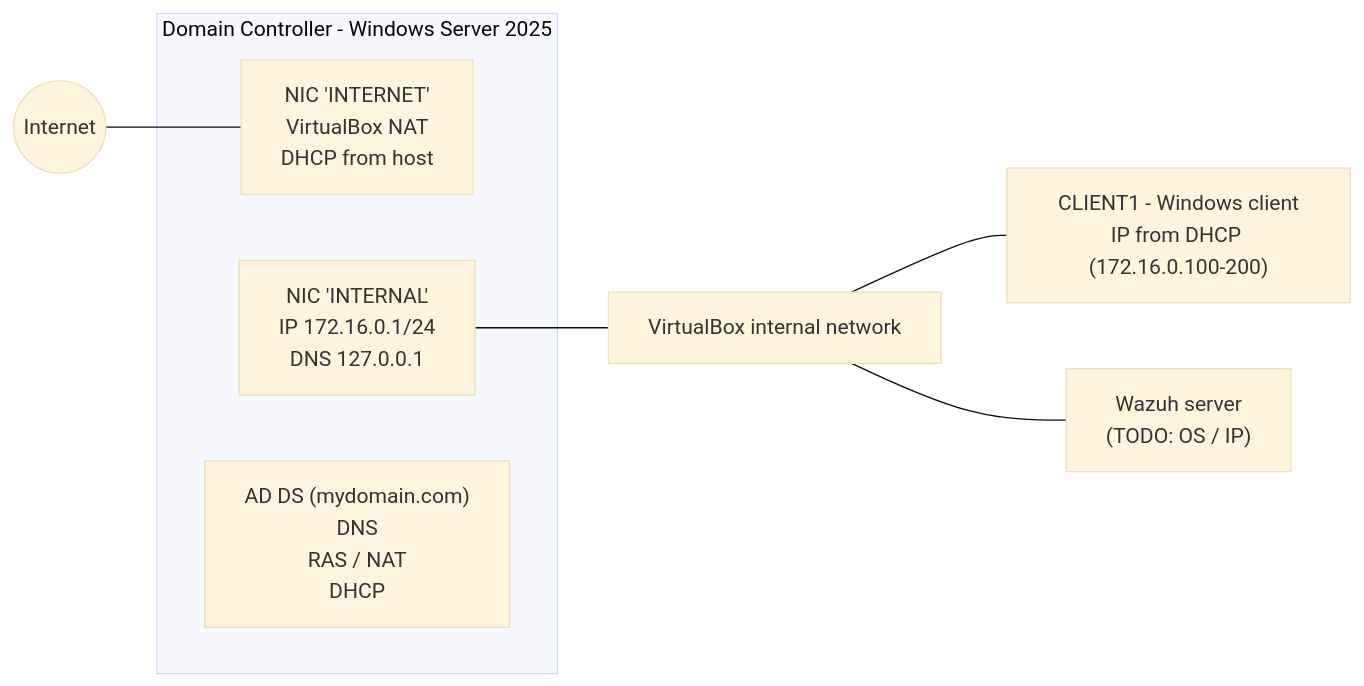
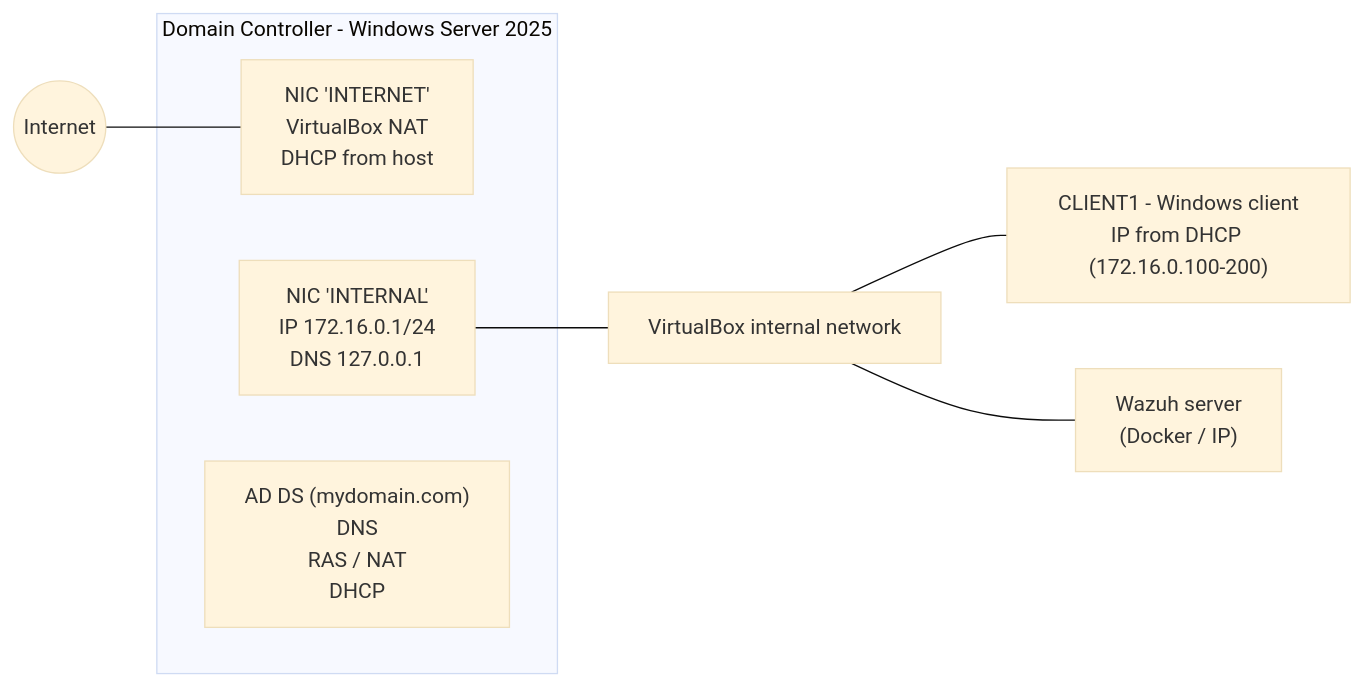
One commit to nkwentikluivertbezeng/ad-home-lab changed the diagram in README.md. Above: the diagram before and after it, drawn with Mermaid (base theme).

Commit message:
Update Wazuh server description in README

````diff
--- a/README.md
+++ b/README.md
@@ -10,12 +10,12 @@
 ```mermaid
 flowchart LR
     NET((Internet)) --- NIC1
     subgraph DC["Domain Controller - Windows Server 2025"]
         NIC1["NIC 'INTERNET'<br/>VirtualBox NAT<br/>DHCP from host"]
         NIC2["NIC 'INTERNAL'<br/>IP 172.16.0.1/24<br/>DNS 127.0.0.1"]
         ROLES["AD DS (mydomain.com)<br/>DNS<br/>RAS / NAT<br/>DHCP"]
     end
     NIC2 --- SW[VirtualBox internal network]
     SW --- CLIENT["CLIENT1 - Windows client<br/>IP from DHCP (172.16.0.100-200)"]
-    SW --- WAZUH["Wazuh server<br/>(TODO: OS / IP)"]
+    SW --- WAZUH["Wazuh server<br/>(Docker / IP)"]
 ```
````
